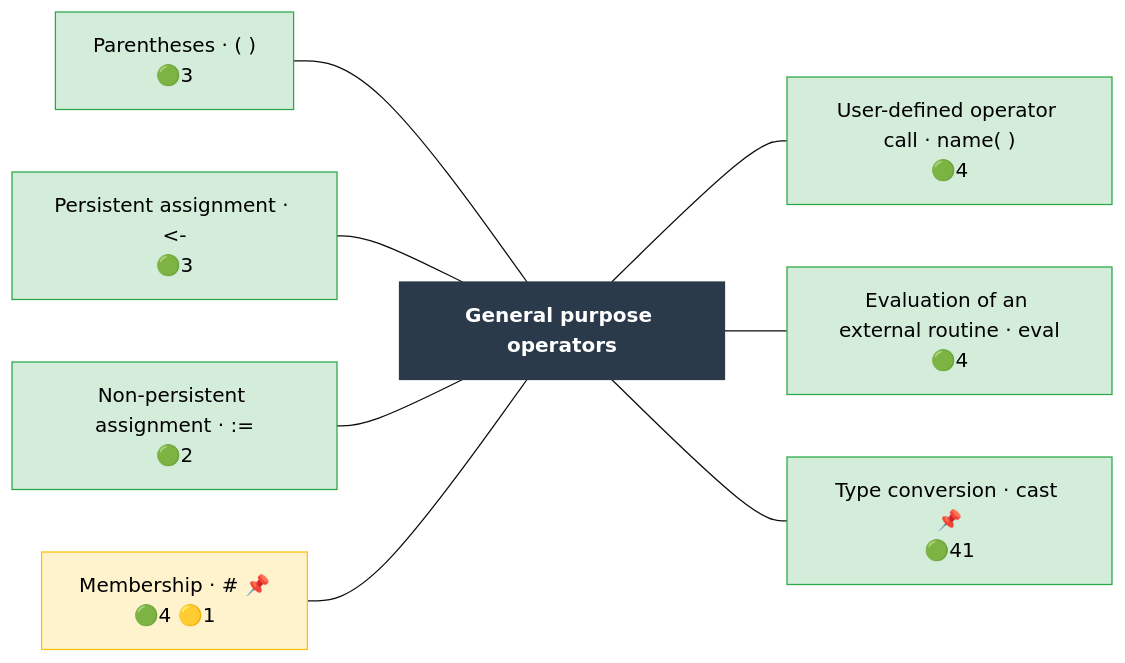
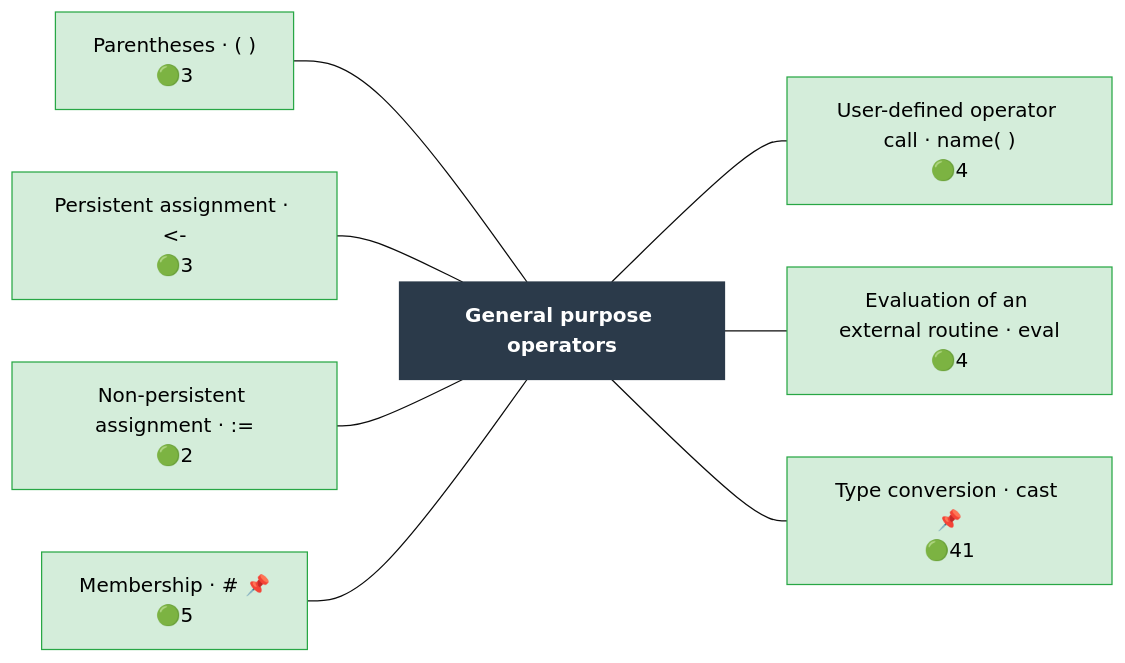
The diagram in docs/operator_map/general/index.rst (Meaningful-Data/vtlengine), drawn with Mermaid (base theme) before and after one commit. The commit also changed other lines of this file and 87 other files, not shown here.

```diff
--- a/docs/operator_map/general/index.rst
+++ b/docs/operator_map/general/index.rst
@@ -24,33 +24,33 @@
 .. mermaid::
    :config: {"flowchart": {"useMaxWidth": false}}
 
    flowchart LR
        classDef ok fill:#d4edda,stroke:#28a745,color:#000
        classDef partial fill:#fff3cd,stroke:#ffc107,color:#000
        classDef refused fill:#d4edda,stroke:#28a745,stroke-width:3px,stroke-dasharray: 2 2,color:#000
        classDef missing fill:#f8d7da,stroke:#dc3545,color:#000
        classDef diverge fill:#cce5ff,stroke:#007bff,color:#000
        classDef block fill:#2b3a4a,stroke:#2b3a4a,color:#fff,font-weight:bold
        classDef ext fill:#fff,stroke:#666,color:#000,stroke-dasharray: 5 5
        B["General purpose operators"]:::block
        general__parentheses["Parentheses · ( )<br/>🟢3"]:::ok
        general__persistent_assignment["Persistent assignment · #60;-<br/>🟢3"]:::ok
        general__non_persistent_assignment["Non-persistent assignment · #58;#61;<br/>🟢2"]:::ok
-       general__membership["Membership · #35; 📌<br/>🟢4 🟡1"]:::partial
+       general__membership["Membership · #35; 📌<br/>🟢5"]:::ok
        general__udo_call["User-defined operator call · name( )<br/>🟢4"]:::ok
        general__eval["Evaluation of an external routine · eval<br/>🟢4"]:::ok
        general__cast["Type conversion · cast 📌<br/>🟢41"]:::ok
        general__parentheses --- B
        general__persistent_assignment --- B
        general__non_persistent_assignment --- B
        general__membership --- B
        B --- general__udo_call
        B --- general__eval
        B --- general__cast
        click general__parentheses href "parentheses.html"
        click general__persistent_assignment href "persistent_assignment.html"
        click general__non_persistent_assignment href "non_persistent_assignment.html"
        click general__membership href "membership.html"
        click general__udo_call href "udo_call.html"
        click general__eval href "eval.html"
        click general__cast href "cast.html"
```
